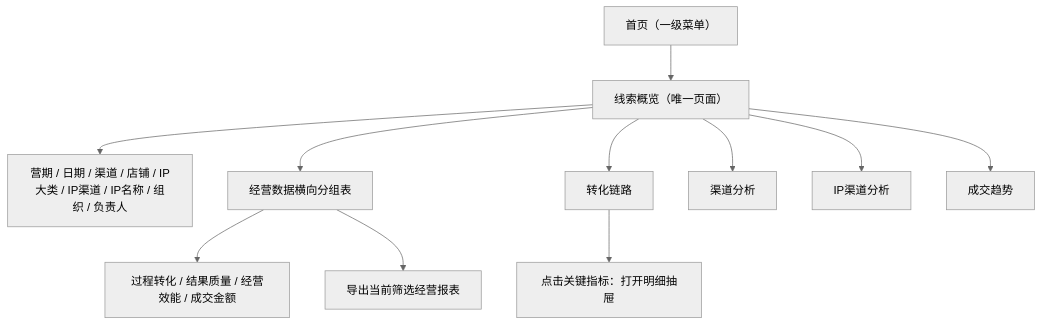
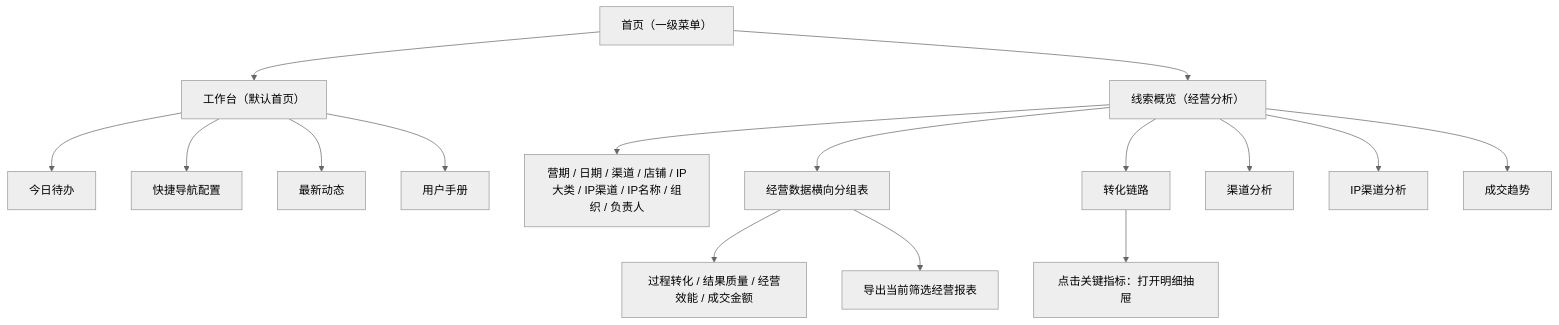
The diagram in docs/product/合数BOSS V1.0首页需求文档.md (freya-pr/heshu-boss-demo), drawn with Mermaid (neutral theme) before and after one commit. The commit also changed other lines of this file and 18 other files, not shown here.

Commit message:
feat: add personalized home workbench

````diff
--- a/docs/product/合数BOSS V1.0首页需求文档.md
+++ b/docs/product/合数BOSS V1.0首页需求文档.md
@@ -30,13 +32,18 @@
 ```mermaid
 flowchart TB
-    HOME["首页（一级菜单）"] --> ANALYTICS["线索概览（唯一页面）"]
+    HOME["首页（一级菜单）"] --> WORKBENCH["工作台（默认首页）"]
+    HOME --> ANALYTICS["线索概览（经营分析）"]
+    WORKBENCH --> TODO["今日待办"]
+    WORKBENCH --> QUICK["快捷导航配置"]
+    WORKBENCH --> ACTIVITY["最新动态"]
+    WORKBENCH --> HELP["用户手册"]
     ANALYTICS --> FILTER["营期 / 日期 / 渠道 / 店铺 / IP大类 / IP渠道 / IP名称 / 组织 / 负责人"]
     ANALYTICS --> REPORT["经营数据横向分组表"]
     ANALYTICS --> JOURNEY["转化链路"]
     JOURNEY --> DRILL["点击关键指标：打开明细抽屉"]
     REPORT --> MATRIX["过程转化 / 结果质量 / 经营效能 / 成交金额"]
     ANALYTICS --> CHANNEL["渠道分析"]
     ANALYTICS --> IP["IP渠道分析"]
     ANALYTICS --> TREND["成交趋势"]
     REPORT --> EXPORT["导出当前筛选经营报表"]
 ```
````
